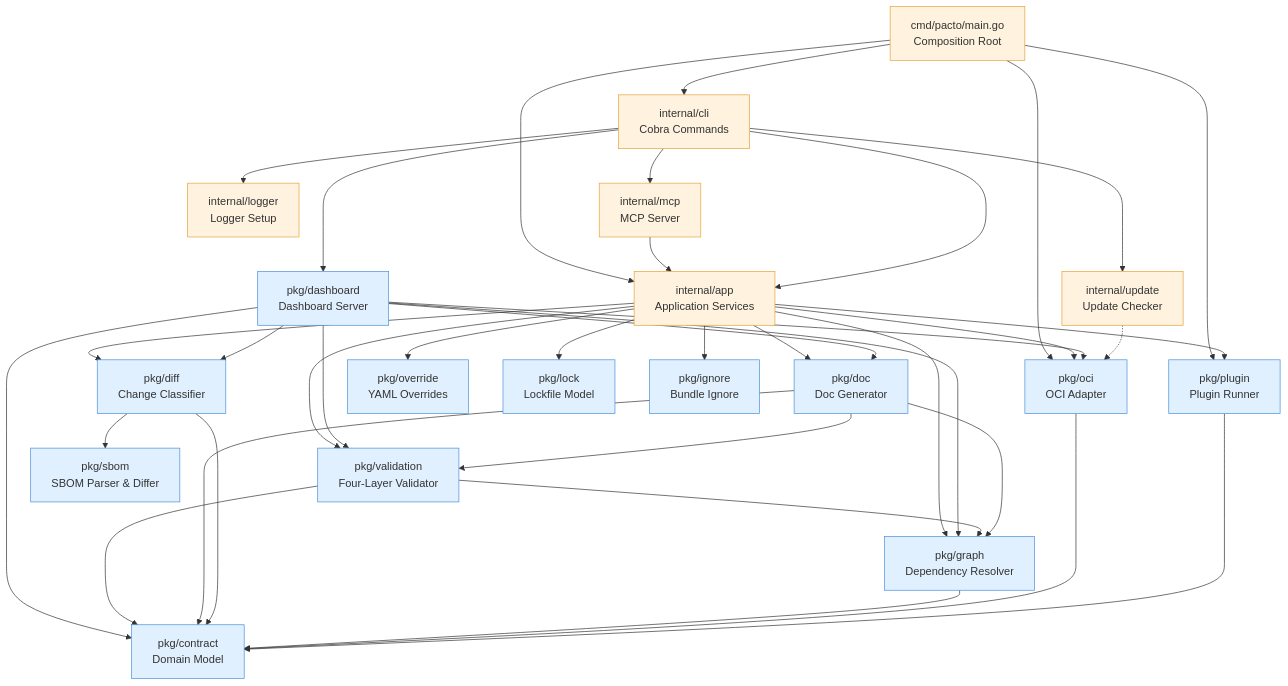
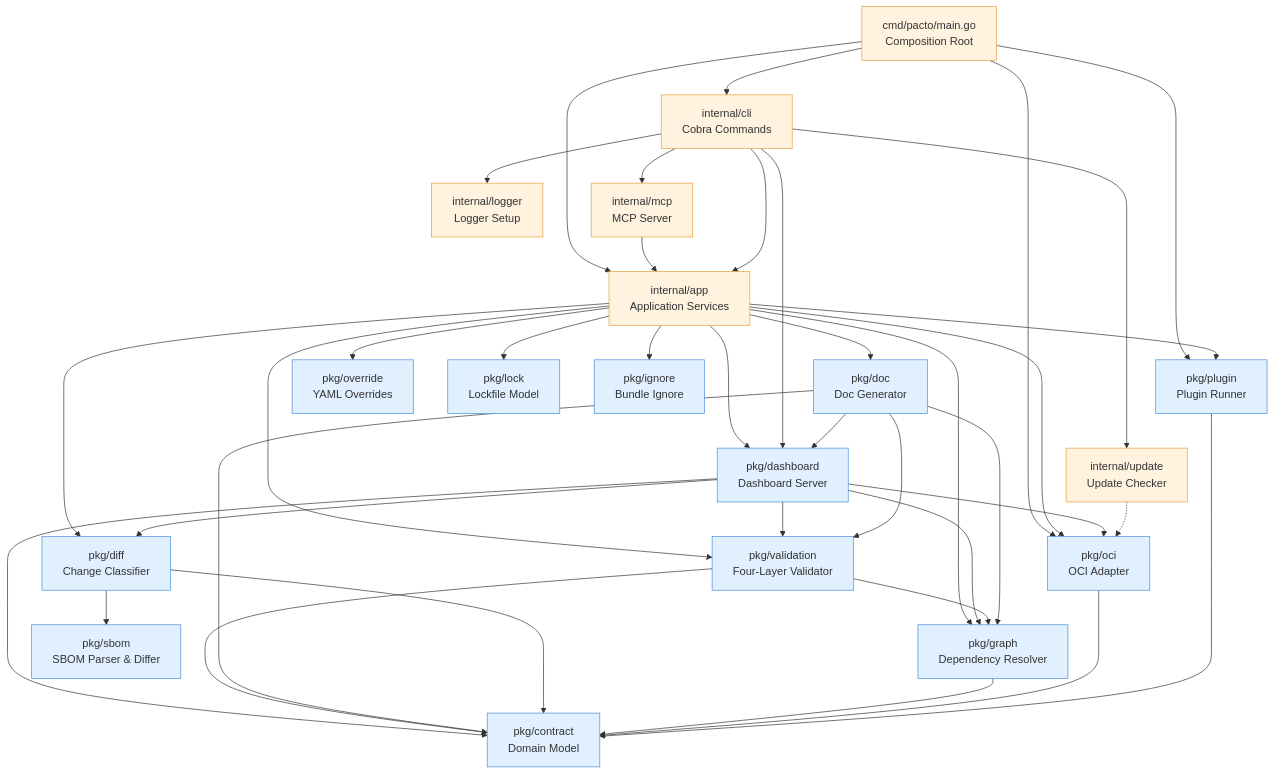
One commit to TrianaLab/pacto changed the first of 2 diagrams in docs/architecture.md. Above: the diagram before and after it, drawn with Mermaid. The commit also changed other lines of this file and 201 other files, not shown here.

````diff
--- a/docs/architecture.md
+++ b/docs/architecture.md
@@ -20,44 +20,45 @@
 ```mermaid
 graph TD
     MAIN[cmd/pacto/main.go<br/>Composition Root] --> CLI[internal/cli<br/>Cobra Commands]
     MAIN --> APP
     MAIN --> OCI
     MAIN --> PLUG
     CLI --> LOG[internal/logger<br/>Logger Setup]
     CLI --> MCP[internal/mcp<br/>MCP Server]
     CLI --> UPDATE[internal/update<br/>Update Checker]
     MCP --> APP
     CLI --> APP[internal/app<br/>Application Services]
     APP --> VAL[pkg/validation<br/>Four-Layer Validator]
     APP --> DIFF[pkg/diff<br/>Change Classifier]
     APP --> GRAPH[pkg/graph<br/>Dependency Resolver]
     APP --> OCI[pkg/oci<br/>OCI Adapter]
     APP --> PLUG[pkg/plugin<br/>Plugin Runner]
     APP --> DOC[pkg/doc<br/>Doc Generator]
     APP --> OVER[pkg/override<br/>YAML Overrides]
+    APP --> DASH
     CLI --> DASH[pkg/dashboard<br/>Dashboard Server]
     DASH --> CONTRACT
-    DASH --> DOC
+    DOC --> DASH
     DASH --> DIFF
     DASH --> VAL
     DASH --> GRAPH
     DASH --> OCI
     DIFF --> SBOM[pkg/sbom<br/>SBOM Parser & Differ]
     VAL --> GRAPH
     DOC --> GRAPH
     DOC --> VAL
     VAL --> CONTRACT[pkg/contract<br/>Domain Model]
     DOC --> CONTRACT
     DIFF --> CONTRACT
     GRAPH --> CONTRACT
     OCI --> CONTRACT
     PLUG --> CONTRACT
     UPDATE -.-> OCI
     APP --> LOCK[pkg/lock<br/>Lockfile Model]
     APP --> IGN[pkg/ignore<br/>Bundle Ignore]
 
     classDef pkg fill:#e0f0ff,stroke:#4a90d9
     classDef internal fill:#fff3e0,stroke:#e6a23c
     class CONTRACT,VAL,DIFF,GRAPH,PLUG,DOC,SBOM,OVER,DASH,OCI,LOCK,IGN pkg
     class APP,CLI,LOG,MCP,MAIN,UPDATE internal
 ```
````
